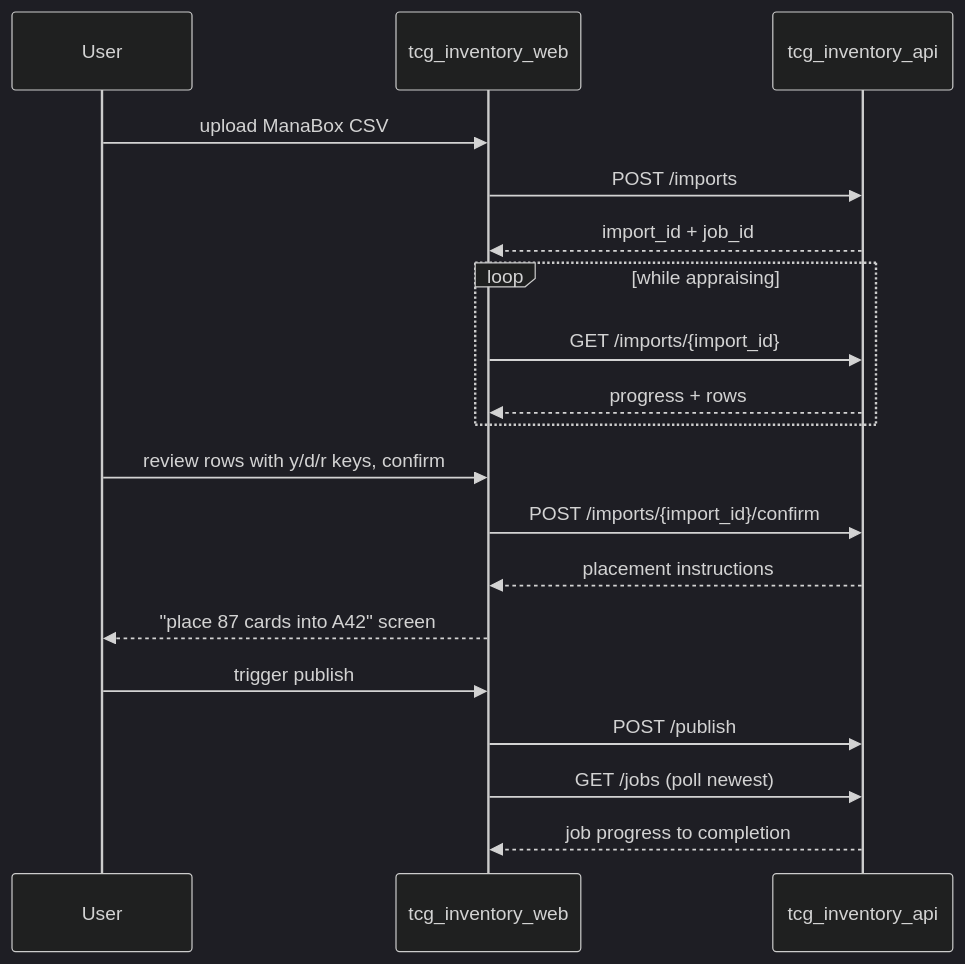
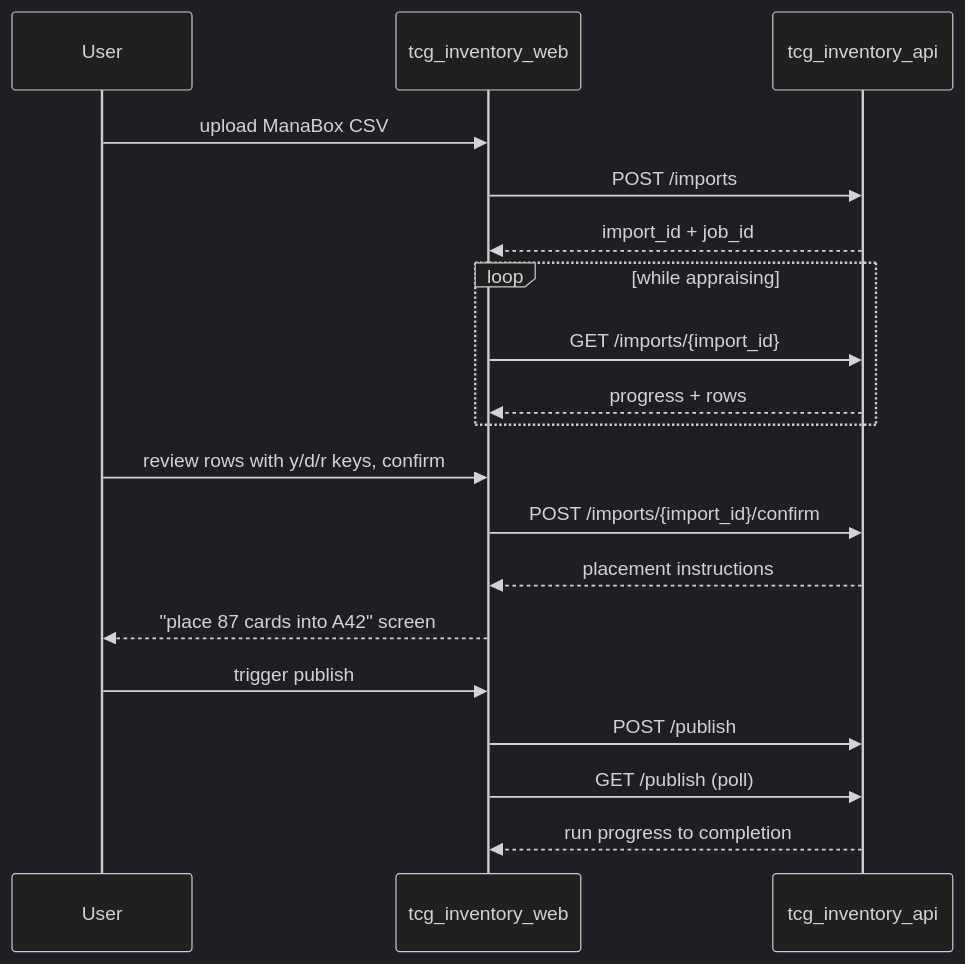
The second of 2 diagrams in tcg_inventory_web/README.md (jordansimsmith/jordansimsmith-com), drawn with Mermaid (dark theme) before and after one commit. The commit also changed other lines of this file and 1 other file, not shown here.

Commit message:
Replace jobs API with publish run status

````diff
--- a/tcg_inventory_web/README.md
+++ b/tcg_inventory_web/README.md
@@ -53,22 +53,22 @@
 ```mermaid
 sequenceDiagram
   participant user as User
   participant web as tcg_inventory_web
   participant api as tcg_inventory_api
 
   user->>web: upload ManaBox CSV
   web->>api: POST /imports
   api-->>web: import_id + job_id
   loop while appraising
     web->>api: GET /imports/{import_id}
     api-->>web: progress + rows
   end
   user->>web: review rows with y/d/r keys, confirm
   web->>api: POST /imports/{import_id}/confirm
   api-->>web: placement instructions
   web-->>user: "place 87 cards into A42" screen
   user->>web: trigger publish
   web->>api: POST /publish
-  web->>api: GET /jobs (poll newest)
-  api-->>web: job progress to completion
+  web->>api: GET /publish (poll)
+  api-->>web: run progress to completion
 ```
````
